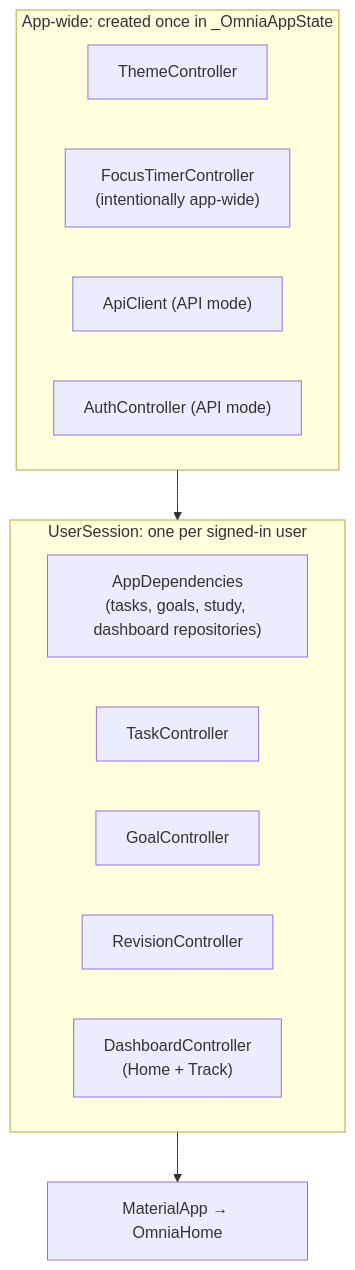
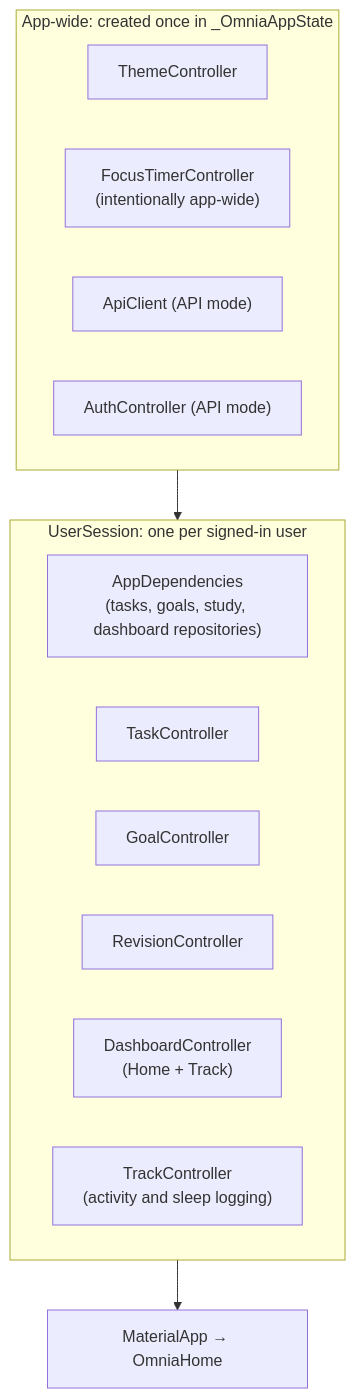
The diagram in docs/omnia-vault/Architecture/Session Architecture.md (Gaoher-1207/omnia), drawn with Mermaid before and after one commit. The commit also changed other lines of this file and 33 other files, not shown here.

Commit message:
Integrate activity and sleep logging

````diff
--- a/docs/omnia-vault/Architecture/Session Architecture.md
+++ b/docs/omnia-vault/Architecture/Session Architecture.md
@@ -14,18 +14,19 @@
 ```mermaid
 flowchart TD
     subgraph AppWide["App-wide: created once in _OmniaAppState"]
         TH["ThemeController"]
         FT["FocusTimerController<br/>(intentionally app-wide)"]
         API["ApiClient (API mode)"]
         AUTH["AuthController (API mode)"]
     end
     subgraph Session["UserSession: one per signed-in user"]
         DEPS["AppDependencies<br/>(tasks, goals, study, dashboard repositories)"]
         TC["TaskController"]
         GC["GoalController"]
         RC["RevisionController"]
         DC["DashboardController<br/>(Home + Track)"]
+        TK["TrackController<br/>(activity and sleep logging)"]
     end
     AppWide --> Session
     Session --> MA["MaterialApp → OmniaHome"]
 ```
````
